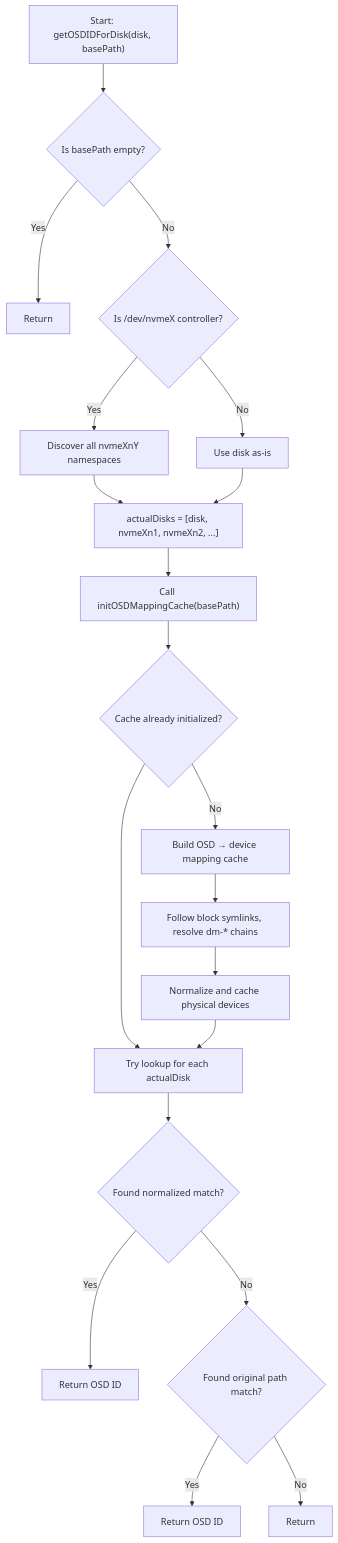
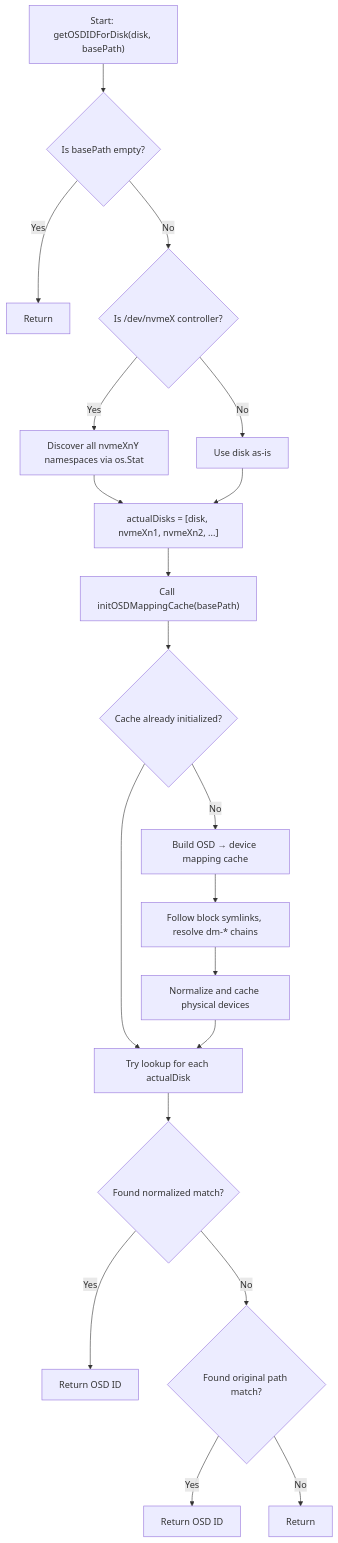
The diagram in pkg/producers/diskhealthmetrics/osdid_README.md (cobaltcore-dev/prysm), drawn with Mermaid before and after one commit. The commit also changed other lines of this file and 1 other file, not shown here.

````diff
--- a/pkg/producers/diskhealthmetrics/osdid_README.md
+++ b/pkg/producers/diskhealthmetrics/osdid_README.md
@@ -32,24 +47,24 @@
 ```mermaid
 flowchart TD
     A["Start: getOSDIDForDisk(disk, basePath)"] --> B{Is basePath empty?}
     B -- Yes --> C[Return ""]
     B -- No --> D{Is /dev/nvmeX controller?}
-    D -- Yes --> E[Discover all nvmeXnY namespaces]
+    D -- Yes --> E[Discover all nvmeXnY namespaces via os.Stat]
     D -- No --> F[Use disk as-is]
     E --> G["actualDisks = [disk, nvmeXn1, nvmeXn2, ...]"]
     F --> G
 
     G --> H["Call initOSDMappingCache(basePath)"]
     H --> I{Cache already initialized?}
     I -- No --> J[Build OSD → device mapping cache]
     J --> K[Follow block symlinks, resolve dm-* chains]
     K --> L[Normalize and cache physical devices]
 
     I --> M[Try lookup for each actualDisk]
     L --> M
     M --> N{Found normalized match?}
     N -- Yes --> O[Return OSD ID]
     N -- No --> P{Found original path match?}
     P -- Yes --> Q[Return OSD ID]
     P -- No --> R[Return ""]
 ```
````
